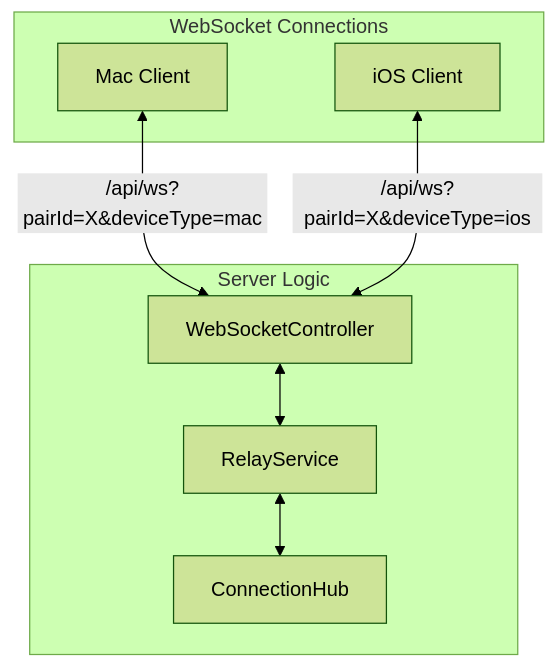
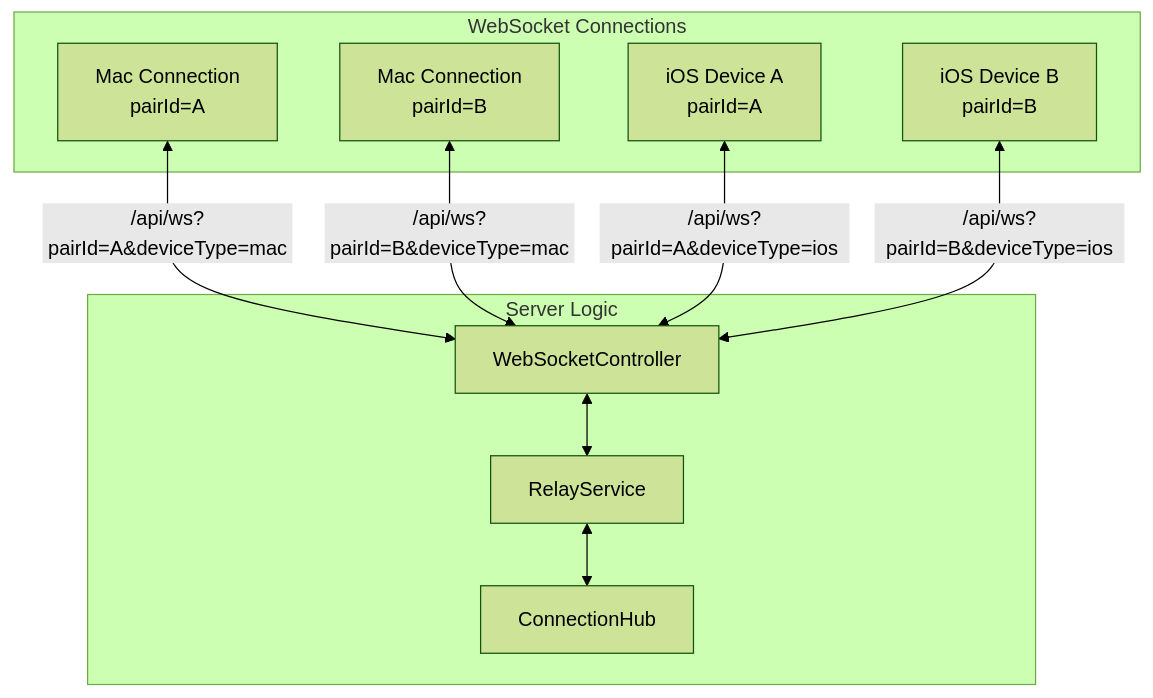
One commit to gpambrozio/Gallager changed the seventh of 12 diagrams in docs/streaming-architecture.md. Above: the diagram before and after it, drawn with Mermaid (forest theme). The commit also changed other lines of this file and 15 other files, not shown here.

````diff
--- a/docs/streaming-architecture.md
+++ b/docs/streaming-architecture.md
@@ -176,18 +186,22 @@
 ```mermaid
 flowchart TB
     subgraph WebSocket Connections
-        MAC[Mac Client]
-        IOS[iOS Client]
+        MAC1[Mac Connection<br/>pairId=A]
+        MAC2[Mac Connection<br/>pairId=B]
+        IOS1[iOS Device A<br/>pairId=A]
+        IOS2[iOS Device B<br/>pairId=B]
     end
 
     subgraph Server Logic
         WC[WebSocketController]
         RS[RelayService]
         CH[ConnectionHub]
     end
 
-    MAC <-->|/api/ws?pairId=X&deviceType=mac| WC
-    IOS <-->|/api/ws?pairId=X&deviceType=ios| WC
+    MAC1 <-->|/api/ws?pairId=A&deviceType=mac| WC
+    MAC2 <-->|/api/ws?pairId=B&deviceType=mac| WC
+    IOS1 <-->|/api/ws?pairId=A&deviceType=ios| WC
+    IOS2 <-->|/api/ws?pairId=B&deviceType=ios| WC
     WC <--> RS
     RS <--> CH
 ```
````
